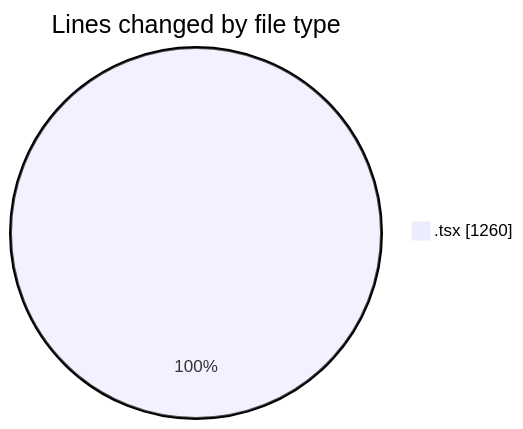
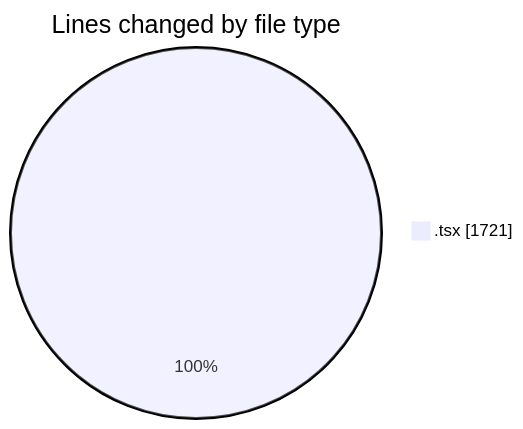
Before and after one commit to nxtqubesakshisongat/code-tracking: the first of 2 diagrams in 2026-07-13/nxtqube_webapp/README.md, drawn with Mermaid. The commit also changed other lines of this file and 1 other file, not shown here.

````diff
--- a/2026-07-13/nxtqube_webapp/README.md
+++ b/2026-07-13/nxtqube_webapp/README.md
@@ -27,5 +28,5 @@
 ```mermaid
 pie showData
 title Lines changed by file type
-".tsx" : 1260
+".tsx" : 1721
 ```
````
